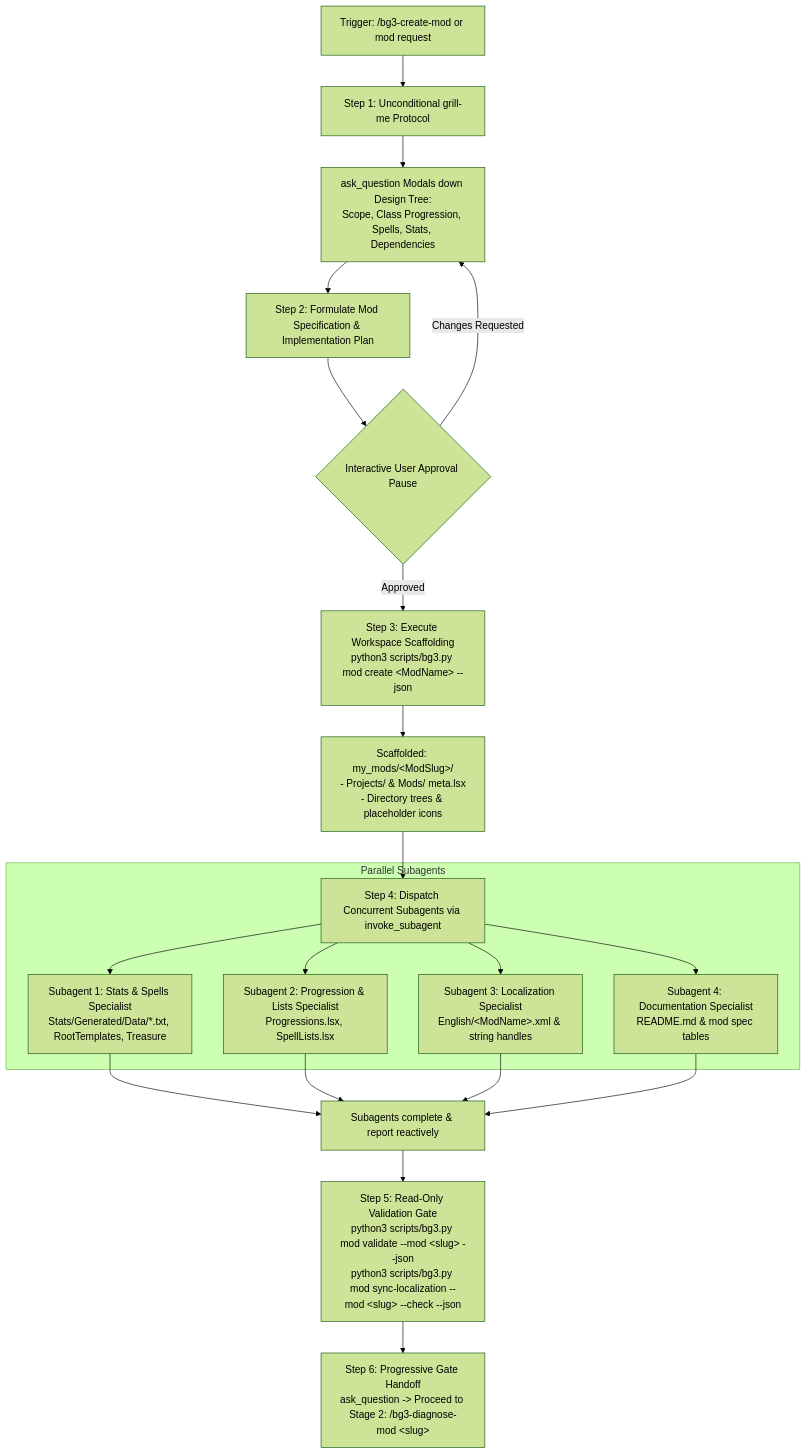
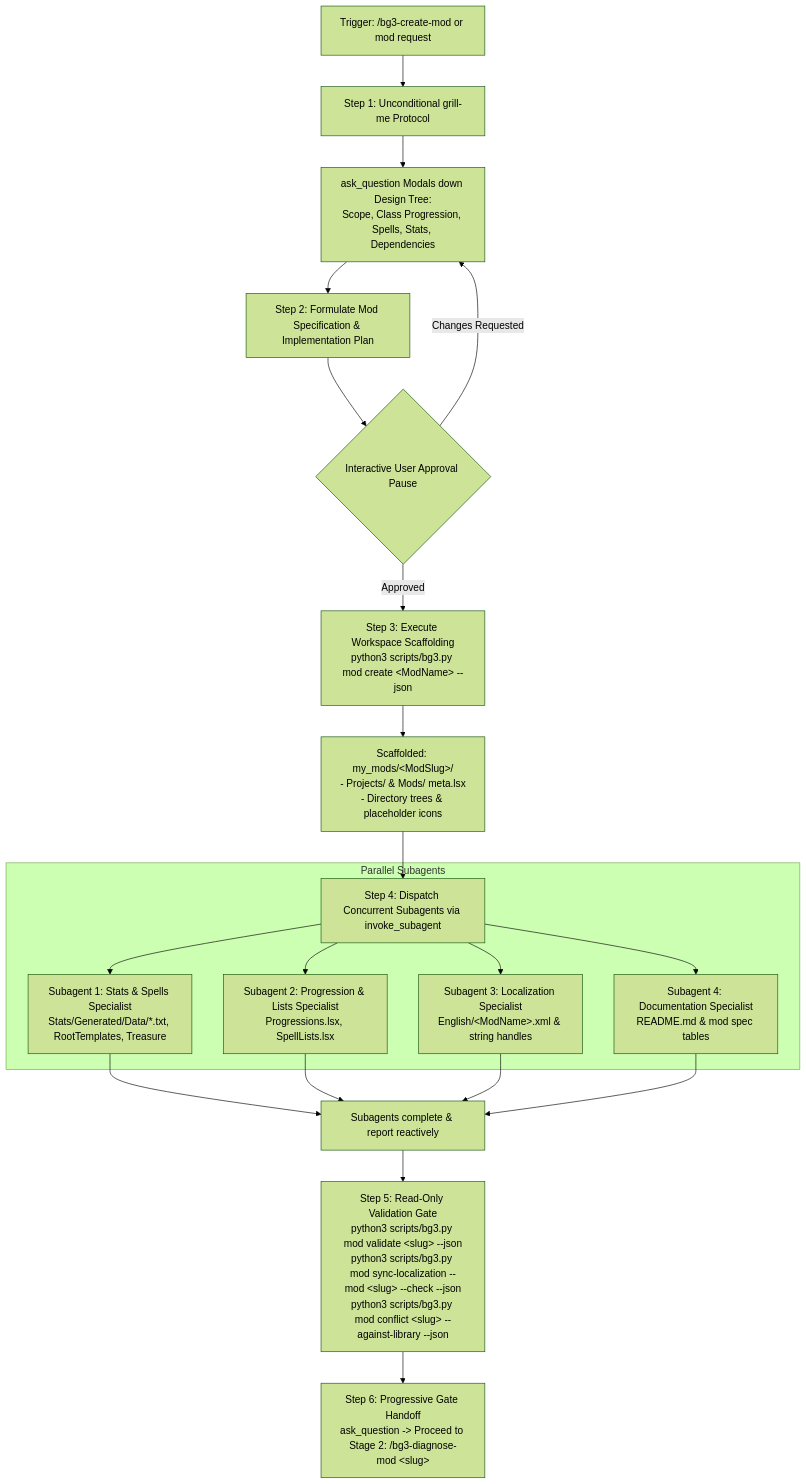
One commit to jpelton-stroud/bg3-mod-studio changed the diagram in .agents/skills/bg3-create-mod/SKILL.md. Above: the diagram before and after it, drawn with Mermaid (forest theme). The commit also changed other lines of this file and 8 other files, not shown here.

````diff
--- a/.agents/skills/bg3-create-mod/SKILL.md
+++ b/.agents/skills/bg3-create-mod/SKILL.md
@@ -35,37 +36,38 @@
 ```mermaid
 flowchart TD
     A["Trigger: /bg3-create-mod or mod request"] --> B["Step 1: Unconditional grill-me Protocol"]
     B --> C["ask_question Modals down Design Tree:
 Scope, Class Progression, Spells, Stats, Dependencies"]
     C --> D["Step 2: Formulate Mod Specification & Implementation Plan"]
     D --> E{"Interactive User Approval Pause"}
     E -- "Changes Requested" --> C
     E -- "Approved" --> F["Step 3: Execute Workspace Scaffolding
 python3 scripts/bg3.py mod create &lt;ModName&gt; --json"]
     F --> G["Scaffolded: my_mods/&lt;ModSlug&gt;/
 - Projects/ & Mods/ meta.lsx
 - Directory trees & placeholder icons"]
     G --> H["Step 4: Dispatch Concurrent Subagents via invoke_subagent"]
     
     subgraph Parallel Subagents
         H --> I1["Subagent 1: Stats & Spells Specialist
 Stats/Generated/Data/*.txt, RootTemplates, Treasure"]
         H --> I2["Subagent 2: Progression & Lists Specialist
 Progressions.lsx, SpellLists.lsx"]
         H --> I3["Subagent 3: Localization Specialist
 English/&lt;ModName&gt;.xml & string handles"]
         H --> I4["Subagent 4: Documentation Specialist
 README.md & mod spec tables"]
     end
     
     I1 --> J["Subagents complete & report reactively"]
     I2 --> J
     I3 --> J
     I4 --> J
     
     J --> K["Step 5: Read-Only Validation Gate
-python3 scripts/bg3.py mod validate --mod &lt;slug&gt; --json
-python3 scripts/bg3.py mod sync-localization --mod &lt;slug&gt; --check --json"]
+python3 scripts/bg3.py mod validate &lt;slug&gt; --json
+python3 scripts/bg3.py mod sync-localization --mod &lt;slug&gt; --check --json
+python3 scripts/bg3.py mod conflict &lt;slug&gt; --against-library --json"]
     K --> L["Step 6: Progressive Gate Handoff
 ask_question -> Proceed to Stage 2: /bg3-diagnose-mod &lt;slug&gt;"]
 ```
````
